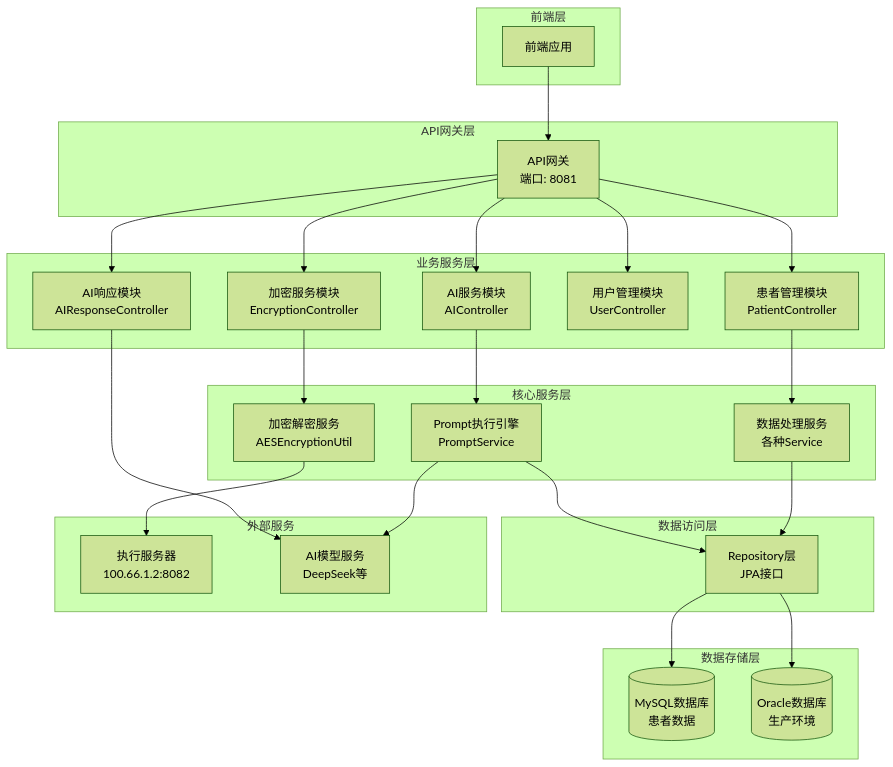
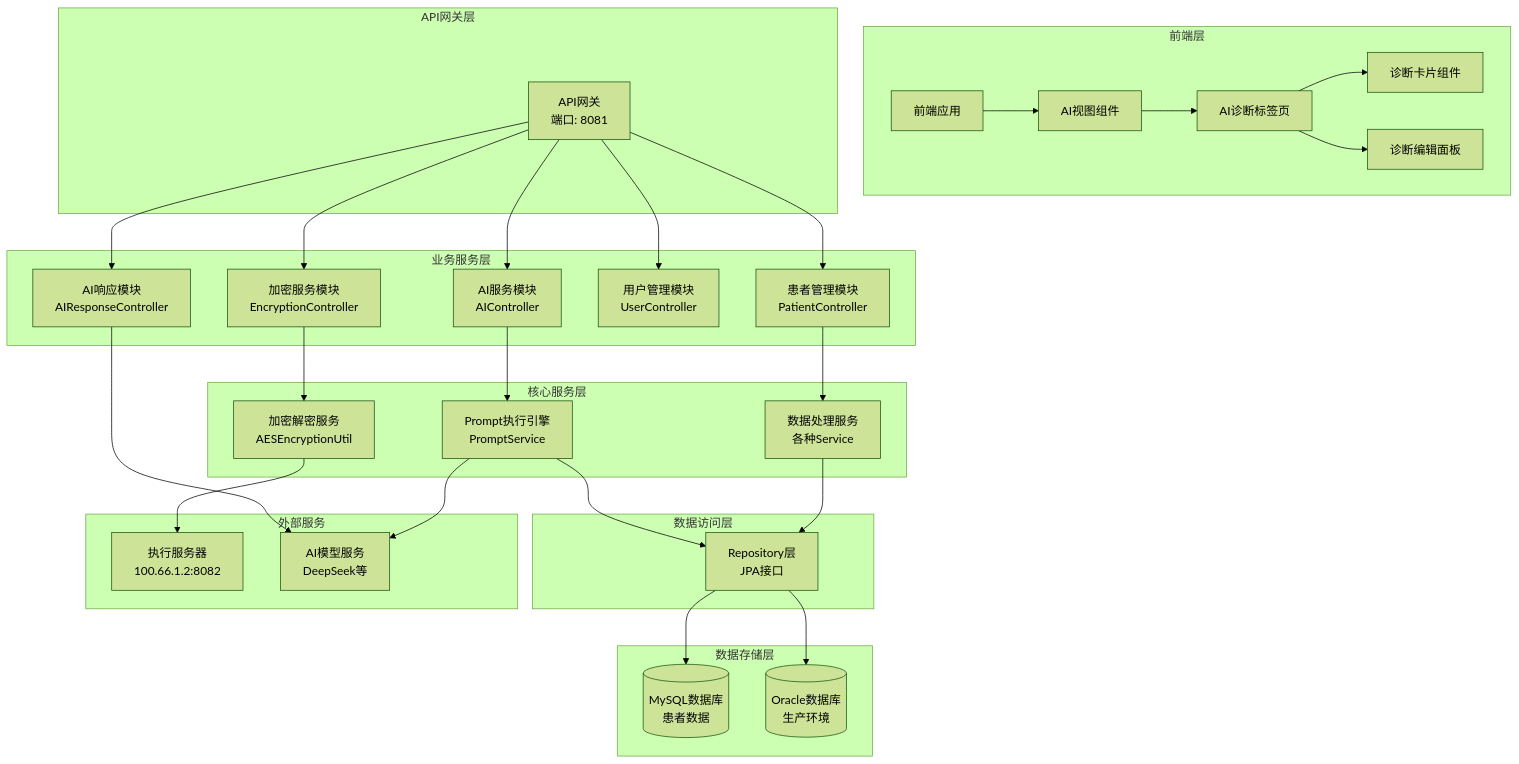
Before and after one commit to liuzh2008/med_ai_assistant_workspace: the first of 7 diagrams in .qoder/repowiki/zh/content/核心功能模块/AI诊断辅助系统.md, drawn with Mermaid (forest theme). The commit also changed other lines of this file and 3 other files, not shown here.

````diff
--- a/.qoder/repowiki/zh/content/核心功能模块/AI诊断辅助系统.md
+++ b/.qoder/repowiki/zh/content/核心功能模块/AI诊断辅助系统.md
@@ -40,48 +52,55 @@
 ```mermaid
 graph TB
 subgraph "前端层"
 FE[前端应用]
+AIView[AI视图组件]
+AIDiagnosisTab[AI诊断标签页]
+DiagnosisCard[诊断卡片组件]
+DiagnosisEditPanel[诊断编辑面板]
 end
 subgraph "API网关层"
 Gateway[API网关<br/>端口: 8081]
 end
 subgraph "业务服务层"
 AI[AI服务模块<br/>AIController]
 AIResp[AI响应模块<br/>AIResponseController]
 Patient[患者管理模块<br/>PatientController]
 User[用户管理模块<br/>UserController]
 Encrypt[加密服务模块<br/>EncryptionController]
 end
 subgraph "核心服务层"
 PromptSvc[Prompt执行引擎<br/>PromptService]
 DataSvc[数据处理服务<br/>各种Service]
 EncryptSvc[加密解密服务<br/>AESEncryptionUtil]
 end
 subgraph "数据访问层"
 Repo[Repository层<br/>JPA接口]
 end
 subgraph "数据存储层"
 MySQL[(MySQL数据库<br/>患者数据)]
 Oracle[(Oracle数据库<br/>生产环境)]
 end
 subgraph "外部服务"
 ExecutionServer[执行服务器<br/>100.66.1.2:8082]
 AIModel[AI模型服务<br/>DeepSeek等]
 end
-FE --> Gateway
+FE --> AIView
+AIView --> AIDiagnosisTab
+AIDiagnosisTab --> DiagnosisCard
+AIDiagnosisTab --> DiagnosisEditPanel
 Gateway --> AI
 Gateway --> AIResp
 Gateway --> Patient
 Gateway --> User
 Gateway --> Encrypt
 AI --> PromptSvc
 AIResp --> AIModel
 Patient --> DataSvc
 Encrypt --> EncryptSvc
 PromptSvc --> Repo
 DataSvc --> Repo
 Repo --> MySQL
 Repo --> Oracle
 EncryptSvc --> ExecutionServer
 PromptSvc --> AIModel
 ```
````
